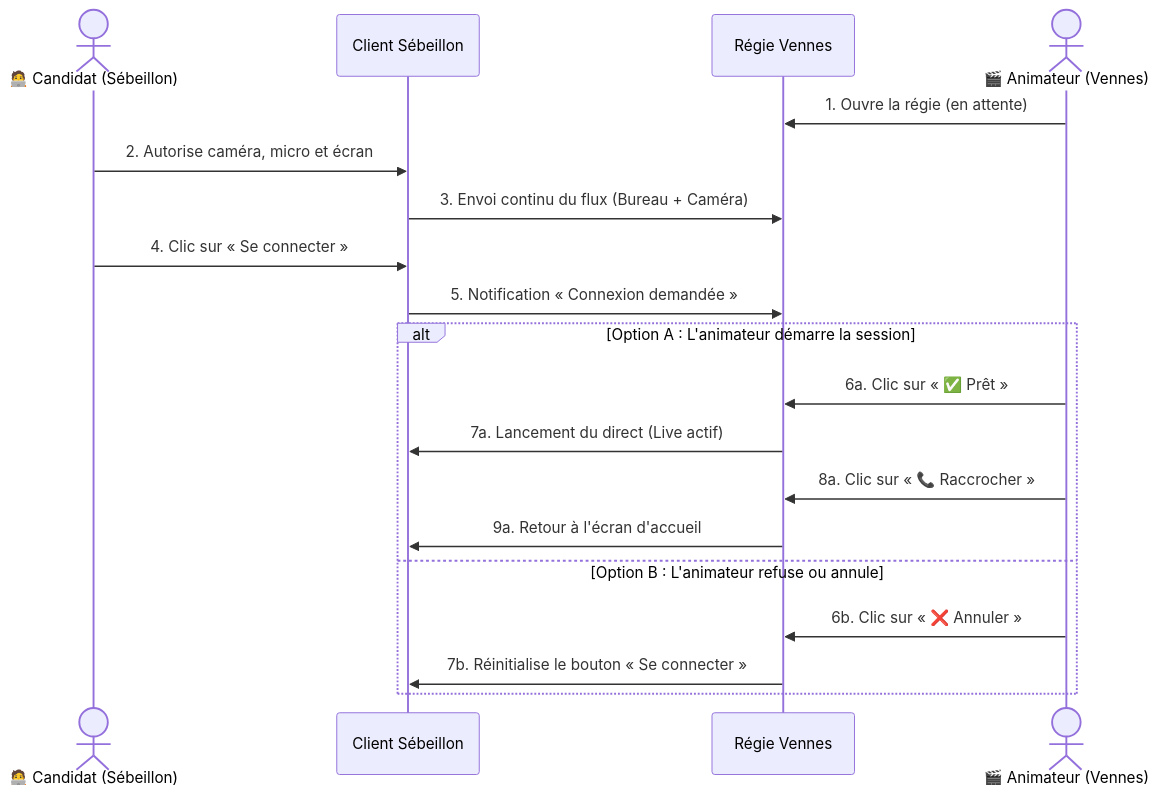
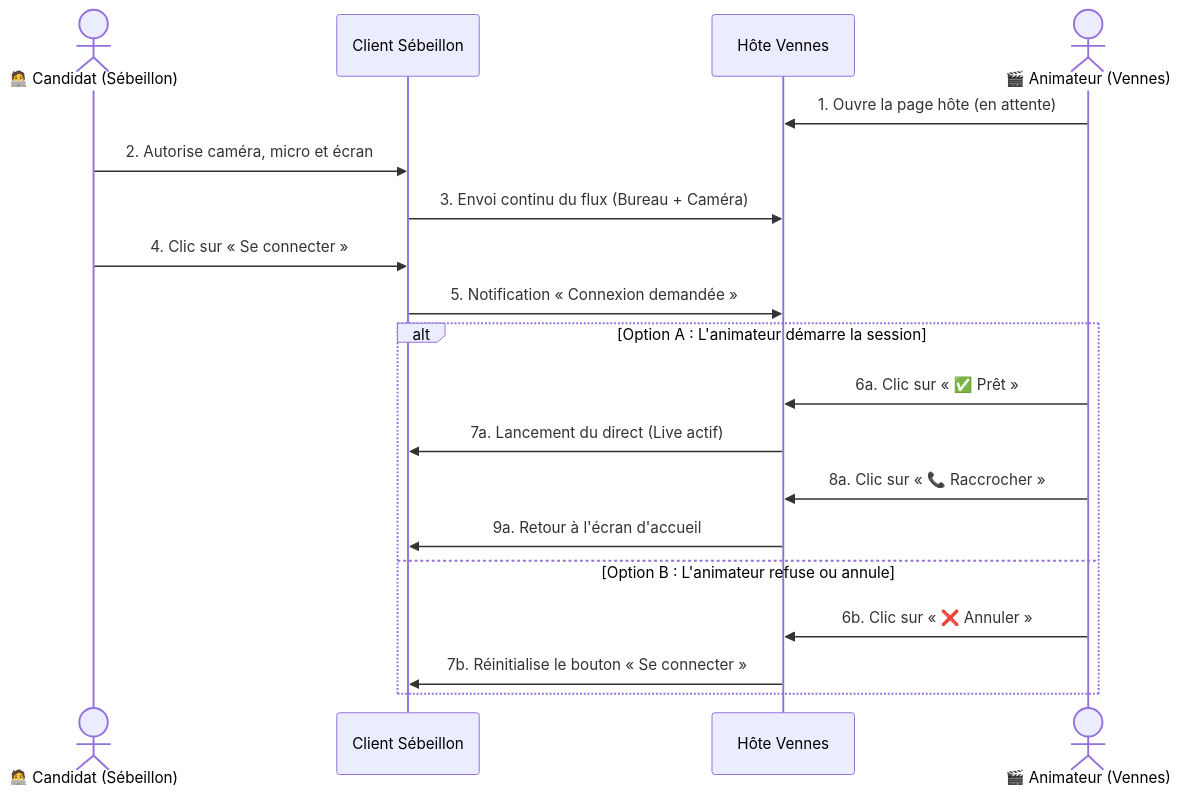
One commit to NaelVuille/Visio-LePireDev changed the diagram in README.md. Above: the diagram before and after it, drawn with Mermaid. The commit also changed other lines of this file and 2 other files, not shown here.

````diff
--- a/README.md
+++ b/README.md
@@ -10,23 +10,23 @@
 ```mermaid
 sequenceDiagram
     actor C as 🧑‍💻 Candidat (Sébeillon)
     participant S as Client Sébeillon
-    participant V as Régie Vennes
+    participant V as Hôte Vennes
     actor H as 🎬 Animateur (Vennes)
 
-    H->>V: 1. Ouvre la régie (en attente)
+    H->>V: 1. Ouvre la page hôte (en attente)
     C->>S: 2. Autorise caméra, micro et écran
     S->>V: 3. Envoi continu du flux (Bureau + Caméra)
     C->>S: 4. Clic sur « Se connecter »
     S->>V: 5. Notification « Connexion demandée »
     
     alt Option A : L'animateur démarre la session
         H->>V: 6a. Clic sur « ✅ Prêt »
         V->>S: 7a. Lancement du direct (Live actif)
         H->>V: 8a. Clic sur « 📞 Raccrocher »
         V->>S: 9a. Retour à l'écran d'accueil
     else Option B : L'animateur refuse ou annule
         H->>V: 6b. Clic sur « ❌ Annuler »
         V->>S: 7b. Réinitialise le bouton « Se connecter »
     end
 ```
````
